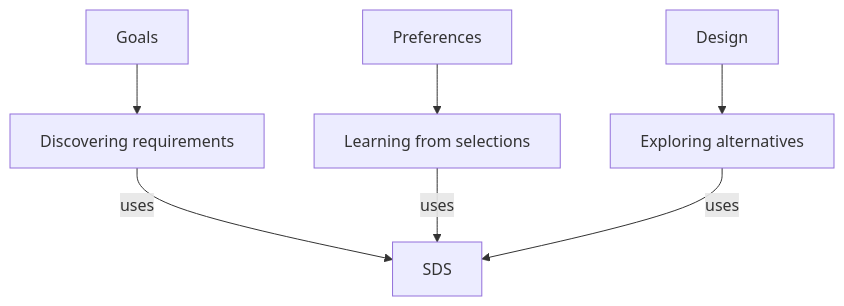
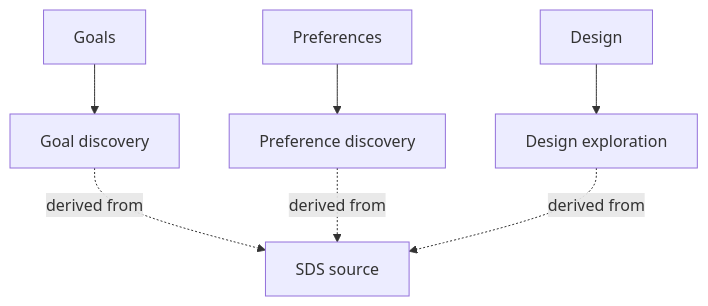
Before and after one commit to benjam3n/subjectsystems: the diagram in ARCHITECTURE.md, drawn with Mermaid. The commit also changed other lines of this file and 91 other files, not shown here.

````diff
--- a/ARCHITECTURE.md
+++ b/ARCHITECTURE.md
@@ -7,9 +7,9 @@
 ```mermaid
 flowchart TD
-    G["Goals"] --> GR["Discovering requirements"]
-    P["Preferences"] --> PS["Learning from selections"]
-    D["Design"] --> DA["Exploring alternatives"]
-    GR -->|uses| S["SDS"]
-    PS -->|uses| S
-    DA -->|uses| S
+    G["Goals"] --> GS["Goal discovery"]
+    P["Preferences"] --> PS["Preference discovery"]
+    D["Design"] --> DS["Design exploration"]
+    GS -.->|derived from| S["SDS source"]
+    PS -.->|derived from| S
+    DS -.->|derived from| S
 ```
````
